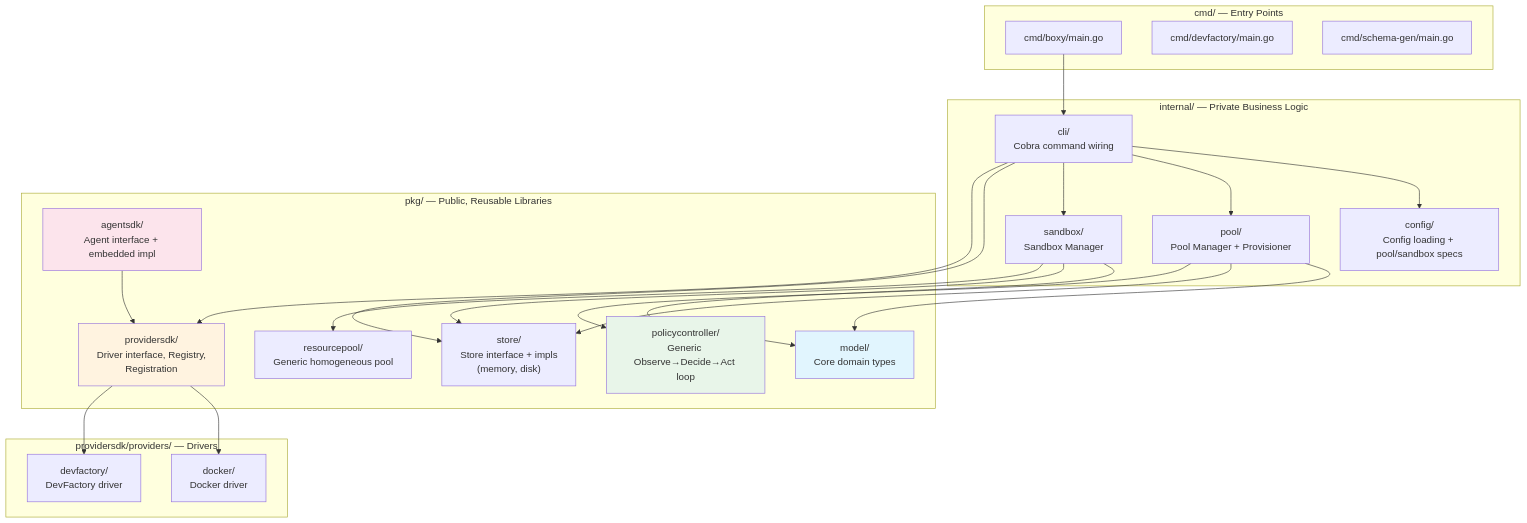
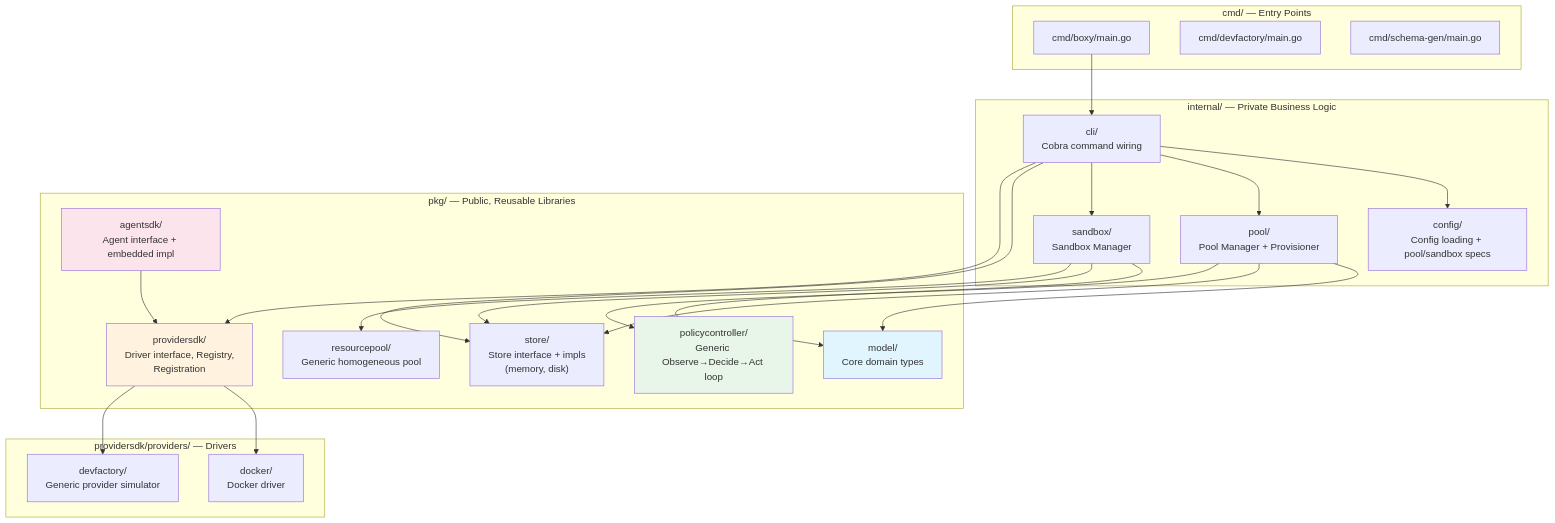
One commit to Geogboe/boxy changed the fourth of 12 diagrams in docs/architecture.md. Above: the diagram before and after it, drawn with Mermaid. The commit also changed other lines of this file and 5 other files, not shown here.

````diff
--- a/docs/architecture.md
+++ b/docs/architecture.md
@@ -163,53 +163,53 @@
 ```mermaid
 graph TB
     subgraph "cmd/ — Entry Points"
         boxy["cmd/boxy/main.go"]
         devfactory["cmd/devfactory/main.go"]
         schemagen["cmd/schema-gen/main.go"]
     end
 
     subgraph "internal/ — Private Business Logic"
         cli["cli/<br/>Cobra command wiring"]
         config["config/<br/>Config loading + pool/sandbox specs"]
         poolmgr["pool/<br/>Pool Manager + Provisioner"]
         sandboxmgr["sandbox/<br/>Sandbox Manager"]
     end
 
     subgraph "pkg/ — Public, Reusable Libraries"
         model["model/<br/>Core domain types"]
         storeif["store/<br/>Store interface + impls<br/>(memory, disk)"]
         providersdk["providersdk/<br/>Driver interface, Registry,<br/>Registration"]
         agentsdk["agentsdk/<br/>Agent interface + embedded impl"]
         policyctrl["policycontroller/<br/>Generic Observe→Decide→Act loop"]
         resourcepool["resourcepool/<br/>Generic homogeneous pool"]
     end
 
     subgraph "providersdk/providers/ — Drivers"
         docker["docker/<br/>Docker driver"]
-        devfactorydrv["devfactory/<br/>DevFactory driver"]
+        devfactorydrv["devfactory/<br/>Generic provider simulator"]
     end
 
     boxy --> cli
     cli --> config
     cli --> poolmgr
     cli --> sandboxmgr
     cli --> storeif
     cli --> providersdk
 
     poolmgr --> model
     poolmgr --> storeif
     poolmgr --> policyctrl
     sandboxmgr --> model
     sandboxmgr --> storeif
     sandboxmgr --> resourcepool
 
     providersdk --> docker
     providersdk --> devfactorydrv
 
     agentsdk --> providersdk
 
     style model fill:#e1f5fe
     style policyctrl fill:#e8f5e9
     style providersdk fill:#fff3e0
     style agentsdk fill:#fce4ec
 ```
````
